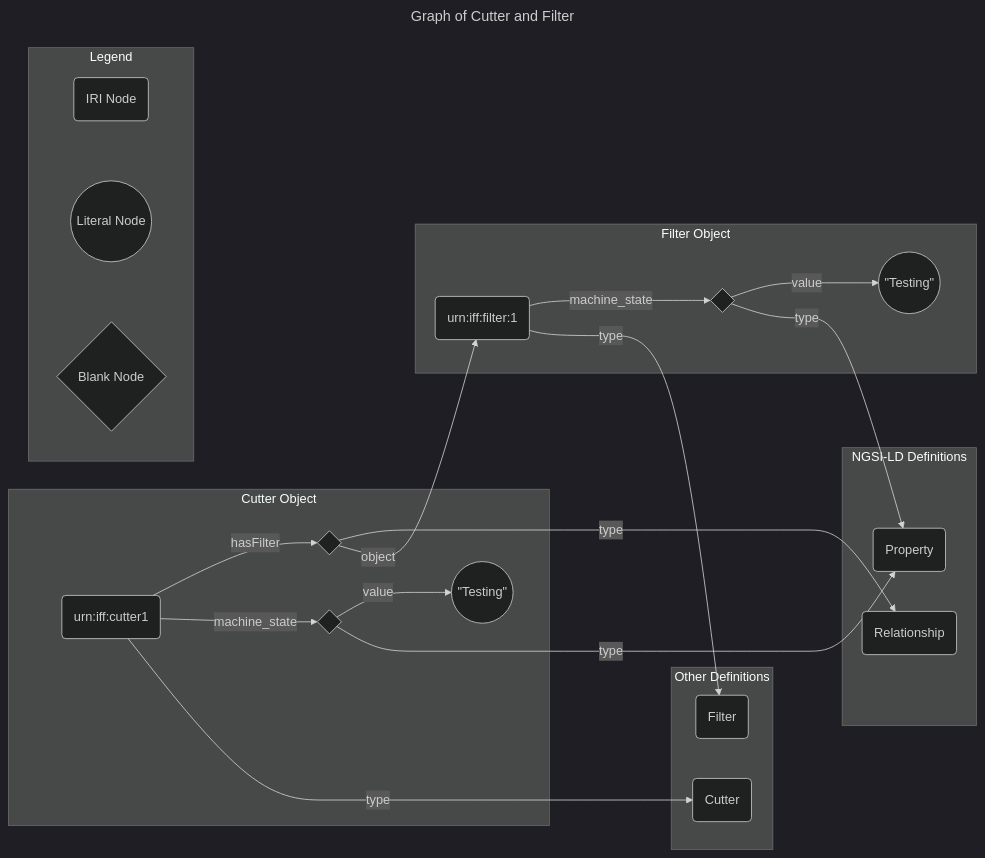
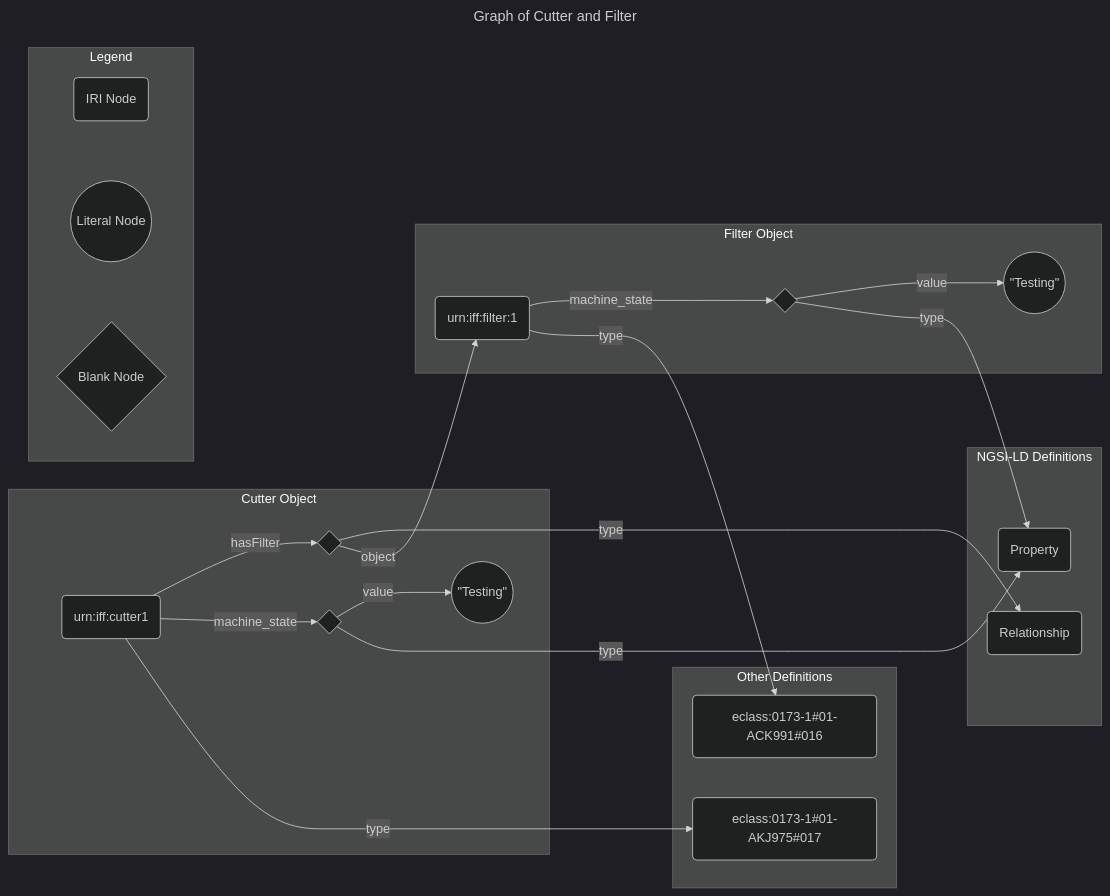
Before and after one commit to wagmarcel/DigitalTwin: the diagram in semantic-model/datamodel/Tutorial.md, drawn with Mermaid (dark theme). The commit also changed other lines of this file and 1 other file, not shown here.

Commit message:
removed the old urn for cutter

````diff
--- a/semantic-model/datamodel/Tutorial.md
+++ b/semantic-model/datamodel/Tutorial.md
@@ -44,28 +34,28 @@
 ```mermaid
 ---
 title: Graph of Cutter and Filter
 ---
 graph LR;
     subgraph "Cutter Object";
     A--hasFilter-->C{ };
     A--machine_state-->F{ };
     F--"value"-->G(("#quot;Testing#quot;"));
     end;
     subgraph "NGSI-LD Definitions"
     C--"type"-->E(Relationship);
     F--"type"-->H(Property);
     end;
     subgraph "Filter Object";
     C--"object"-->D(urn:iff:filter:1);
     D--machine_state-->J{ };
     J--value-->K(("#quot;Testing#quot;"));
     end;
     subgraph "Other Definitions"
-    A(urn:iff:cutter1)--type-->B(Cutter);
-    D--"type"-->I(Filter);
+    A(urn:iff:cutter1)--type-->B(eclass:0173-1#01-AKJ975#017);
+    D--"type"-->I(eclass:0173-1#01-ACK991#016);
     end;
     J--type-->H;
     subgraph "Legend";
     L(IRI Node) ~~~ M((Literal Node)) ~~~ N{Blank Node};
     end
 ```
````
